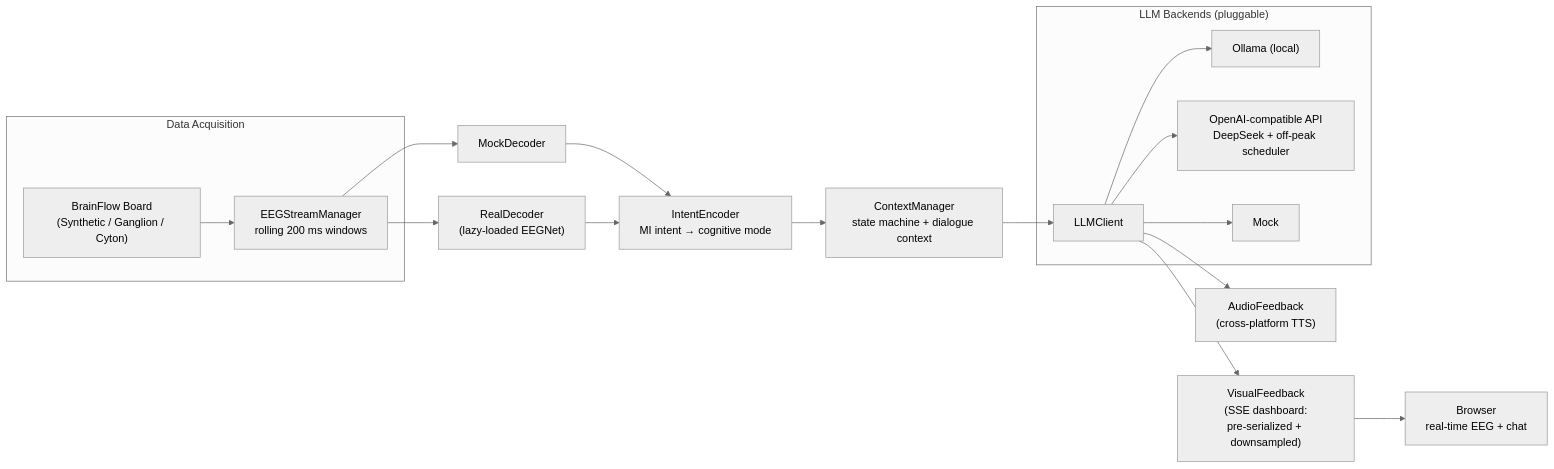
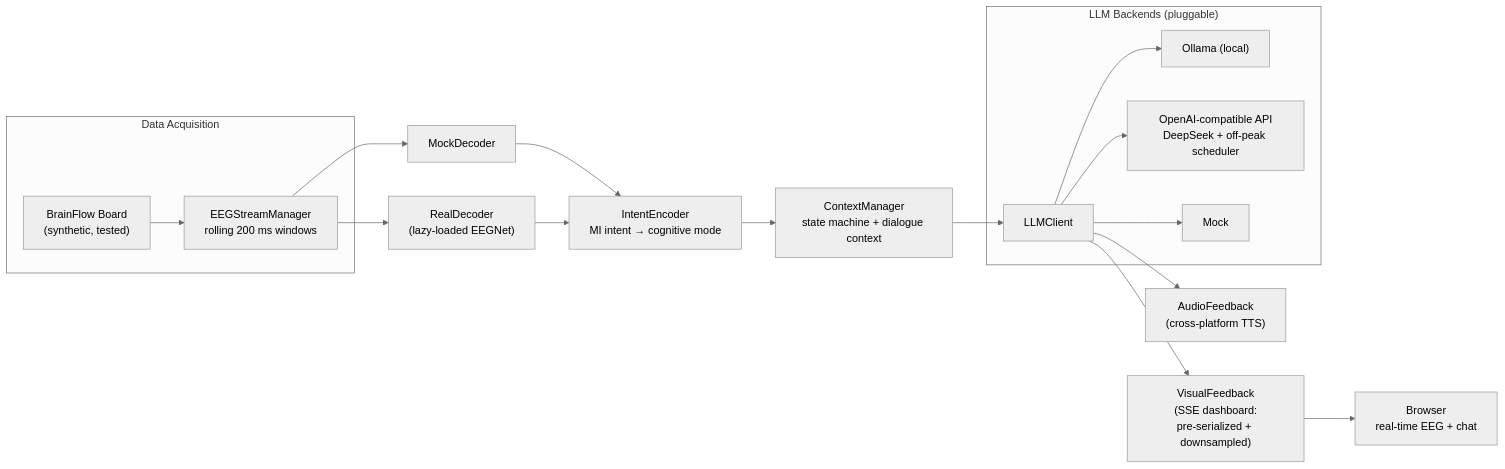
One commit to Viandanze/BCI-Demo changed the diagram in README.md. Above: the diagram before and after it, drawn with Mermaid (neutral theme). The commit also changed other lines of this file and 1 other file, not shown here.

````diff
--- a/README.md
+++ b/README.md
@@ -32,20 +32,20 @@
 ```mermaid
 flowchart LR
     subgraph ACQ["Data Acquisition"]
-        BF["BrainFlow Board<br/>(Synthetic / Ganglion / Cyton)"] --> SM["EEGStreamManager<br/>rolling 200 ms windows"]
+        BF["BrainFlow Board<br/>(synthetic, tested)"] --> SM["EEGStreamManager<br/>rolling 200 ms windows"]
     end
     SM --> MD["MockDecoder"]
     SM --> RD["RealDecoder<br/>(lazy-loaded EEGNet)"]
     MD --> IE["IntentEncoder<br/>MI intent → cognitive mode"]
     RD --> IE
     IE --> CM["ContextManager<br/>state machine + dialogue context"]
     CM --> LC["LLMClient"]
     subgraph LLM["LLM Backends (pluggable)"]
         LC --> OL["Ollama (local)"]
         LC --> DS["OpenAI-compatible API<br/>DeepSeek + off-peak scheduler"]
         LC --> MK["Mock"]
     end
     LC --> AF["AudioFeedback<br/>(cross-platform TTS)"]
     LC --> VF["VisualFeedback<br/>(SSE dashboard:<br/>pre-serialized + downsampled)"]
     VF --> BR["Browser<br/>real-time EEG + chat"]
 ```
````
